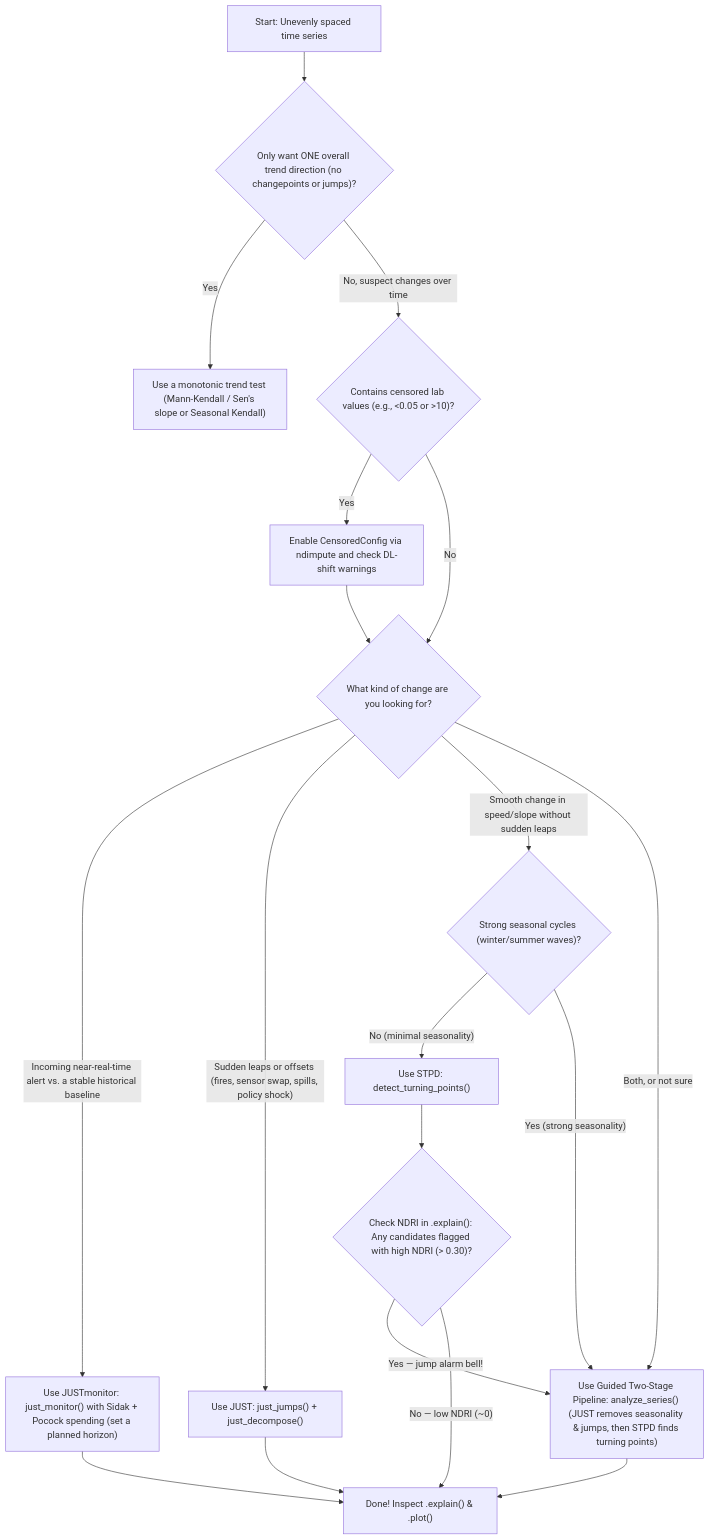
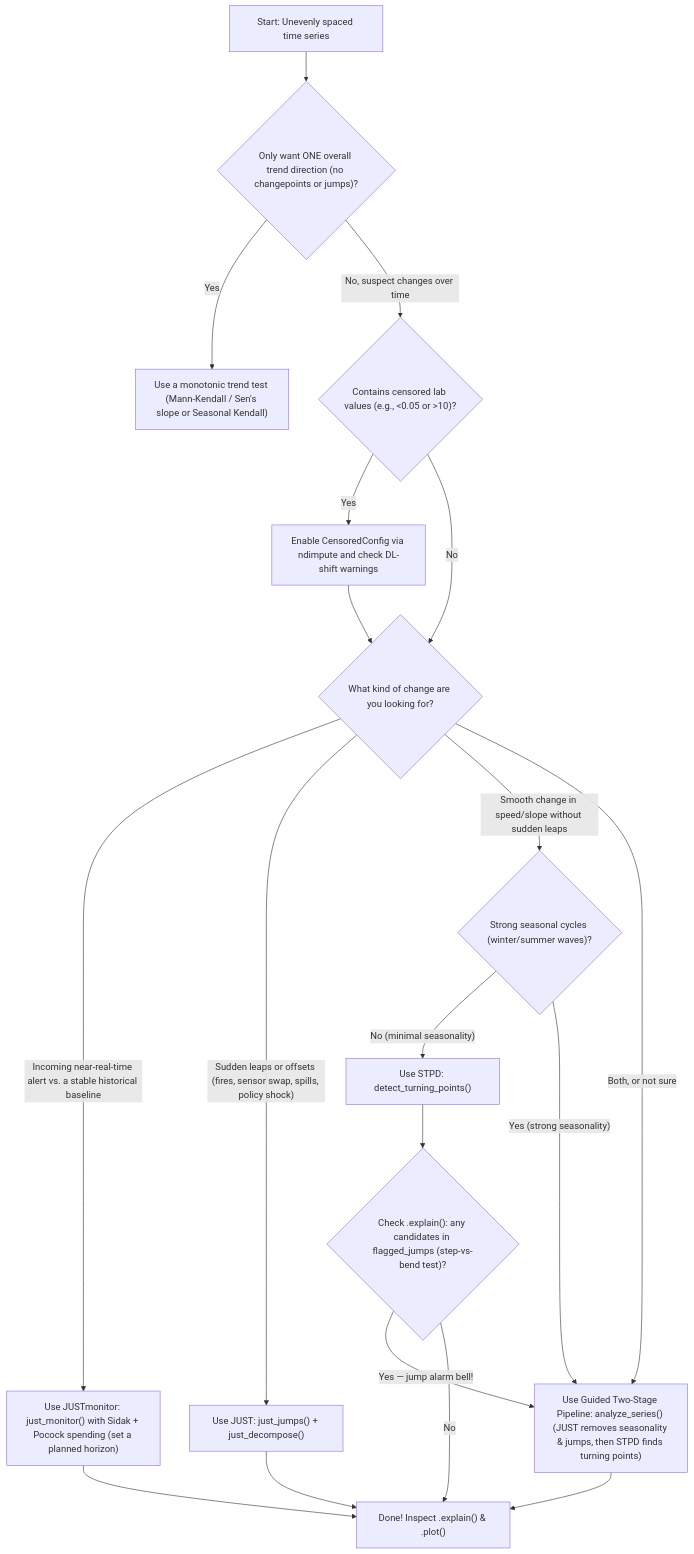
The diagram in docs/guide/which-method.md (LukeAFullard/tspec), drawn with Mermaid before and after one commit. The commit also changed other lines of this file and 27 other files, not shown here.

````diff
--- a/docs/guide/which-method.md
+++ b/docs/guide/which-method.md
@@ -13,24 +13,24 @@
 ```mermaid
 flowchart TD
     Start["Start: Unevenly spaced time series"] --> Q0{"Only want ONE overall trend direction (no changepoints or jumps)?"}
     Q0 -- "Yes" --> MK["Use a monotonic trend test (Mann-Kendall / Sen's slope or Seasonal Kendall)"]
     Q0 -- "No, suspect changes over time" --> QC{"Contains censored lab values (e.g., <0.05 or >10)?"}
     QC -- "Yes" --> Cens["Enable CensoredConfig via ndimpute and check DL-shift warnings"]
     QC -- "No" --> Q1
     Cens --> Q1{"What kind of change are you looking for?"}
 
     Q1 -- "Incoming near-real-time alert vs. a stable historical baseline" --> NRT["Use JUSTmonitor: just_monitor() with Sidak + Pocock spending (set a planned horizon)"]
     Q1 -- "Sudden leaps or offsets (fires, sensor swap, spills, policy shock)" --> Q1S["Use JUST: just_jumps() + just_decompose()"]
     Q1 -- "Smooth change in speed/slope without sudden leaps" --> Q2{"Strong seasonal cycles (winter/summer waves)?"}
     Q1 -- "Both, or not sure" --> Pipe["Use Guided Two-Stage Pipeline: analyze_series() (JUST removes seasonality & jumps, then STPD finds turning points)"]
 
     Q2 -- "No (minimal seasonality)" --> STPD["Use STPD: detect_turning_points()"]
     Q2 -- "Yes (strong seasonality)" --> Pipe
 
-    STPD --> NDRI{"Check NDRI in .explain(): Any candidates flagged with high NDRI (> 0.30)?"}
+    STPD --> NDRI{"Check .explain(): any candidates in flagged_jumps (step-vs-bend test)?"}
     NDRI -- "Yes — jump alarm bell!" --> Pipe
-    NDRI -- "No — low NDRI (~0)" --> Done["Done! Inspect .explain() & .plot()"]
+    NDRI -- "No" --> Done["Done! Inspect .explain() & .plot()"]
     Q1S --> Done
     NRT --> Done
     Pipe --> Done
 ```
````
